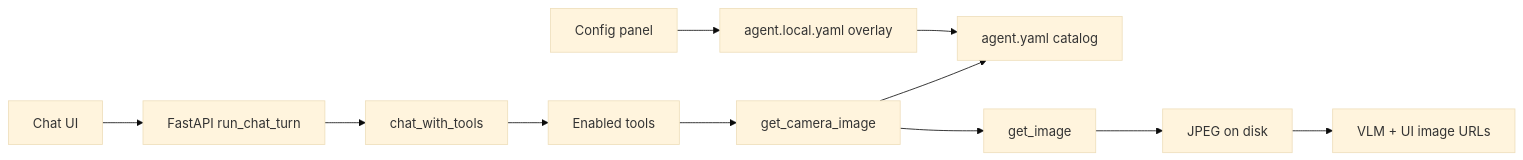
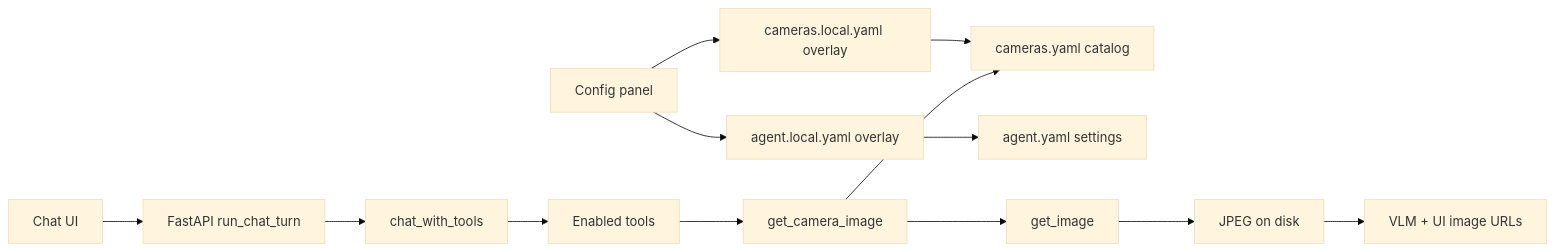
One commit to opendatalabcz/multimodal-cctv-surveilance changed the first of 3 diagrams in docs/AGENT.md. Above: the diagram before and after it, drawn with Mermaid (base theme). The commit also changed other lines of this file and 11 other files, not shown here.

Commit message:
split agent.yaml into agent and cameras

````diff
--- a/docs/AGENT.md
+++ b/docs/AGENT.md
@@ -25,25 +27,29 @@
 ```mermaid
 flowchart LR
   configPanel[Config panel]
-  agentYaml[agent.yaml catalog]
+  cameraYaml[cameras.yaml catalog]
+  cameraLocal[cameras.local.yaml overlay]
+  agentYaml[agent.yaml settings]
   agentLocal[agent.local.yaml overlay]
   chatUI[Chat UI]
   fastApi[FastAPI run_chat_turn]
   chatLoop[chat_with_tools]
   tools[Enabled tools]
   getCamera[get_camera_image]
   fetch[get_image]
   jpeg[JPEG on disk]
   vlm[VLM + UI image URLs]
 
+  configPanel --> cameraLocal
   configPanel --> agentLocal
+  cameraLocal --> cameraYaml
   agentLocal --> agentYaml
   chatUI --> fastApi
   fastApi --> chatLoop
   chatLoop --> tools
   tools --> getCamera
-  getCamera --> agentYaml
+  getCamera --> cameraYaml
   getCamera --> fetch
   fetch --> jpeg
   jpeg --> vlm
 ```
````
